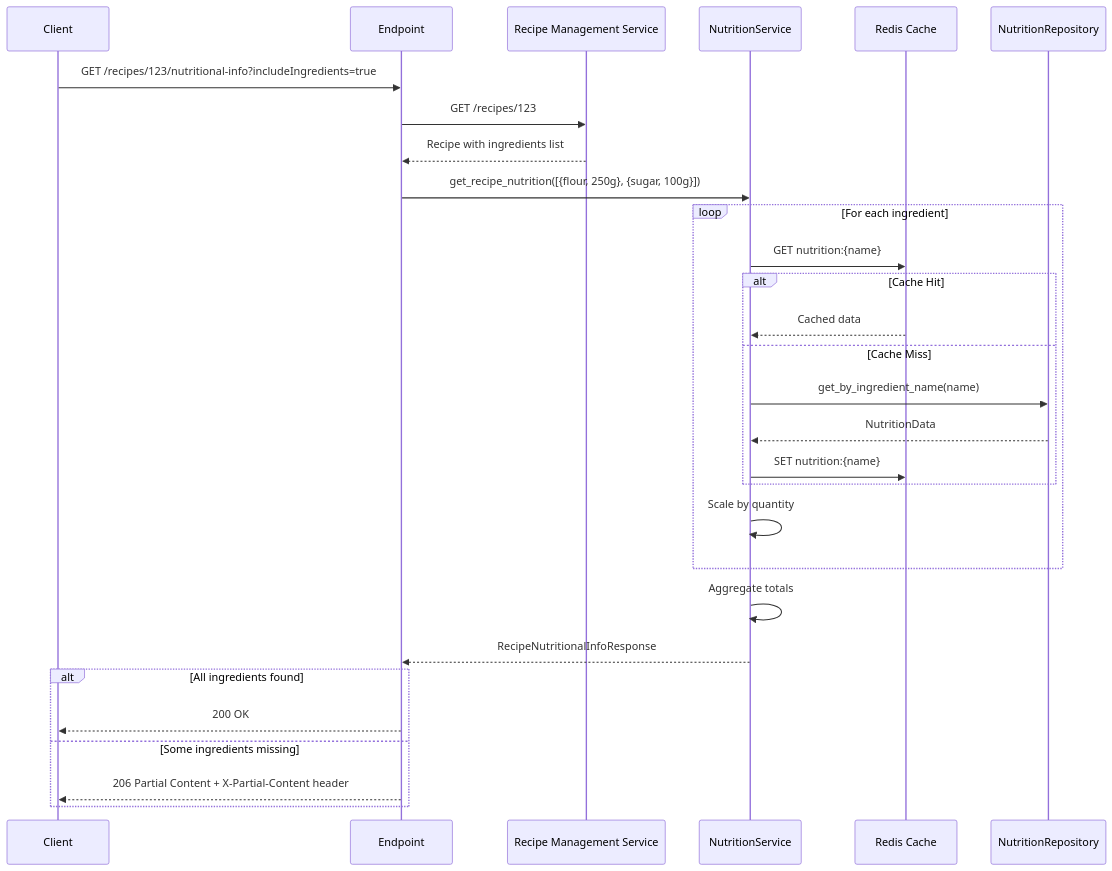
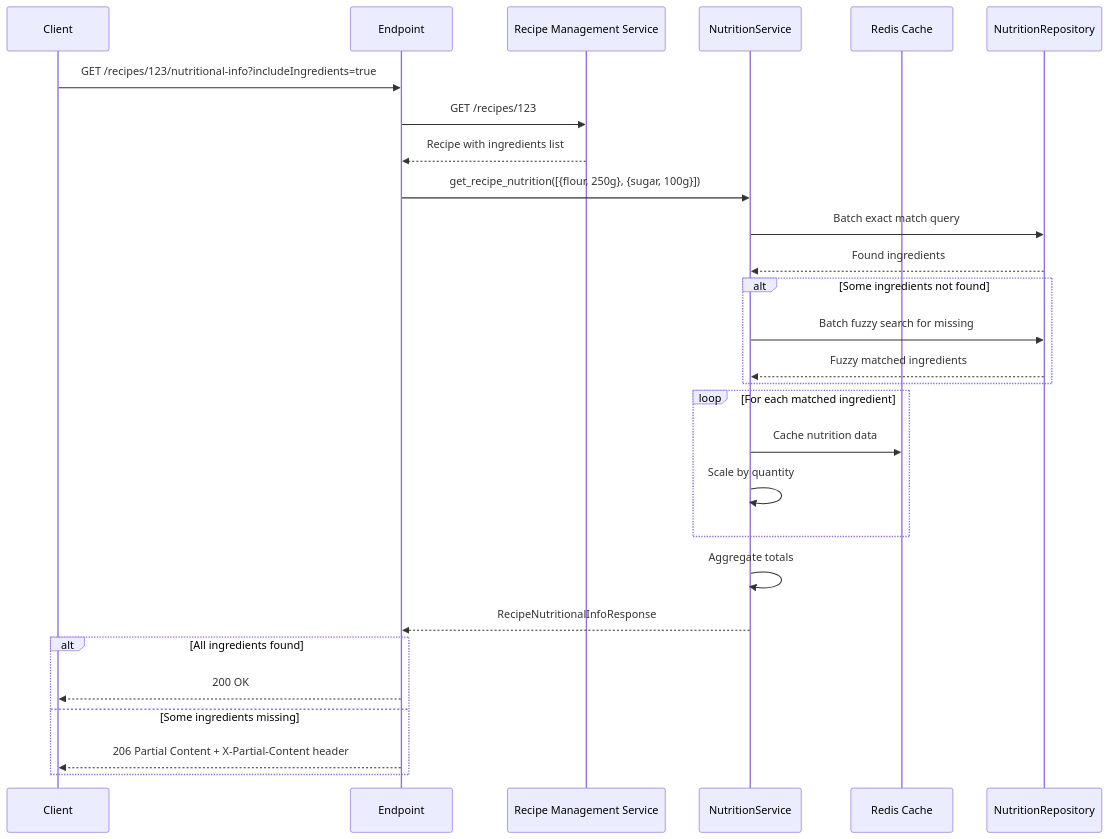
Before and after one commit to Recipe-Web-App/recipe-scraper-service: the third of 7 diagrams in docs/nutritional-info.md, drawn with Mermaid. The commit also changed other lines of this file, not shown here.

First line of the commit message:
docs(nutri-info): add ingredient name matching section

````diff
--- a/docs/nutritional-info.md
+++ b/docs/nutritional-info.md
@@ -188,36 +196,37 @@
 ```mermaid
 sequenceDiagram
     participant C as Client
     participant EP as Endpoint
     participant RMS as Recipe Management Service
     participant NS as NutritionService
     participant RC as Redis Cache
     participant NR as NutritionRepository
 
     C->>EP: GET /recipes/123/nutritional-info?includeIngredients=true
     EP->>RMS: GET /recipes/123
     RMS-->>EP: Recipe with ingredients list
 
     EP->>NS: get_recipe_nutrition([{flour, 250g}, {sugar, 100g}])
 
-    loop For each ingredient
-        NS->>RC: GET nutrition:{name}
-        alt Cache Hit
-            RC-->>NS: Cached data
-        else Cache Miss
-            NS->>NR: get_by_ingredient_name(name)
-            NR-->>NS: NutritionData
-            NS->>RC: SET nutrition:{name}
-        end
+    NS->>NR: Batch exact match query
+    NR-->>NS: Found ingredients
+
+    alt Some ingredients not found
+        NS->>NR: Batch fuzzy search for missing
+        NR-->>NS: Fuzzy matched ingredients
+    end
+
+    loop For each matched ingredient
+        NS->>RC: Cache nutrition data
         NS->>NS: Scale by quantity
     end
 
     NS->>NS: Aggregate totals
     NS-->>EP: RecipeNutritionalInfoResponse
 
     alt All ingredients found
         EP-->>C: 200 OK
     else Some ingredients missing
         EP-->>C: 206 Partial Content + X-Partial-Content header
     end
 ```
````
